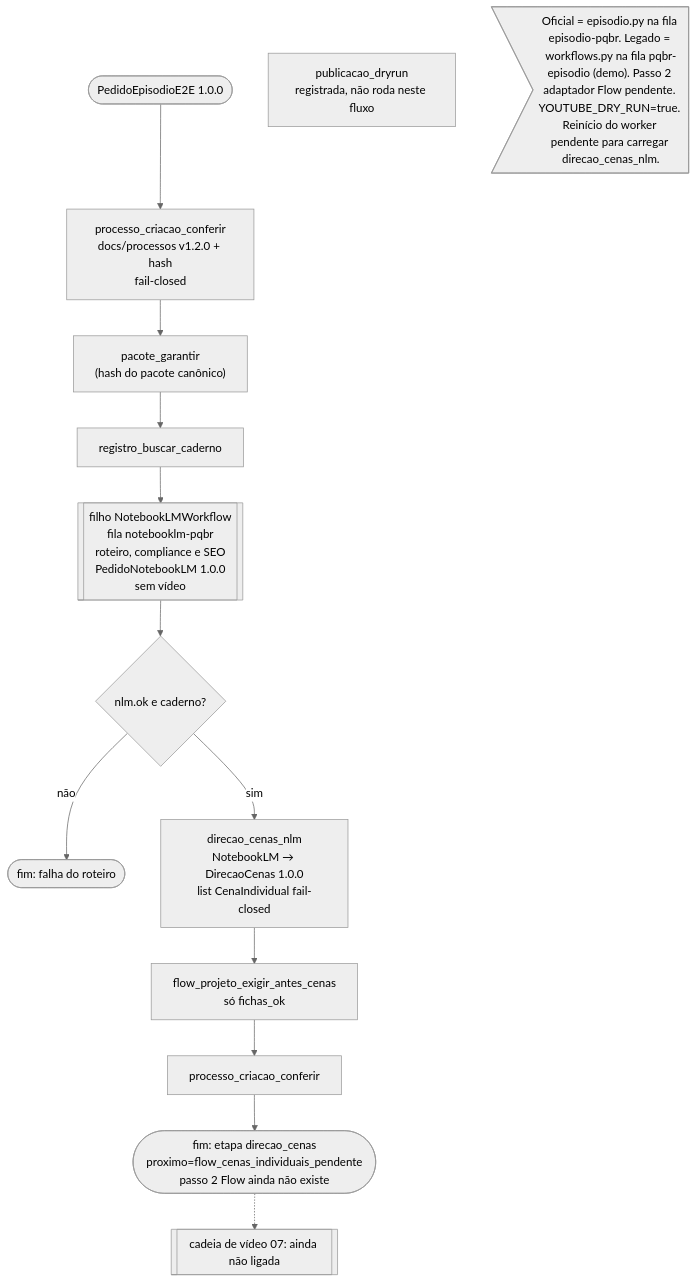
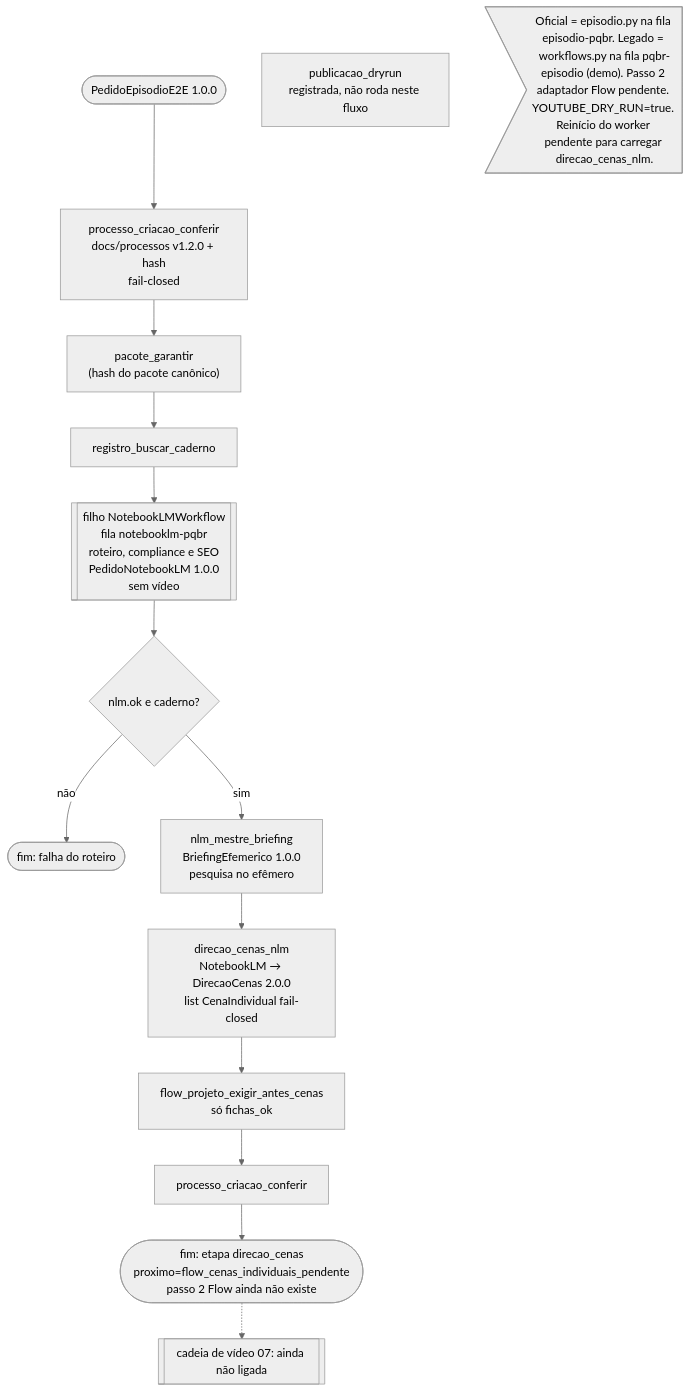
One commit to jvmendesjr/PQBR changed the diagram in docs/mapa/01-episodio.mmd. Above: the diagram before and after it, drawn with Mermaid (neutral theme). The commit also changed 11 other files, not shown here.

```diff
--- a/docs/mapa/01-episodio.mmd
+++ b/docs/mapa/01-episodio.mmd
@@ -1,18 +1,19 @@
 %% EpisodioWorkflow OFICIAL (src/pqbr/workflows/episodio.py) — fila episodio-pqbr.
 %% Passo 1 direção NLM (pt161u/pt162u): direcao_cenas_nlm + flow_projeto_exigir_antes_cenas.
 %% Storyboard removido 29/10/2026. O EpisodioWorkflow em workflows.py é LEGADO (demo soak), não este.
 flowchart TD
   S(["PedidoEpisodioE2E 1.0.0"]) --> PC["processo_criacao_conferir<br/>docs/processos v1.2.0 + hash<br/>fail-closed"]
   PC --> A1["pacote_garantir<br/>(hash do pacote canônico)"]
   A1 --> A2["registro_buscar_caderno"]
   A2 --> W1[["filho NotebookLMWorkflow<br/>fila notebooklm-pqbr<br/>roteiro, compliance e SEO<br/>PedidoNotebookLM 1.0.0<br/>sem vídeo"]]
   W1 --> D1{"nlm.ok e caderno?"}
   D1 -- não --> F1(["fim: falha do roteiro"])
-  D1 -- sim --> DIR["direcao_cenas_nlm<br/>NotebookLM → DirecaoCenas 1.0.0<br/>list CenaIndividual fail-closed"]
+  D1 -- sim --> BR["nlm_mestre_briefing<br/>BriefingEfemerico 1.0.0<br/>pesquisa no efêmero"]
+  BR --> DIR["direcao_cenas_nlm<br/>NotebookLM → DirecaoCenas 2.0.0<br/>list CenaIndividual fail-closed"]
   DIR --> FP["flow_projeto_exigir_antes_cenas<br/>só fichas_ok"]
   FP --> PC2["processo_criacao_conferir"]
   PC2 --> FIM(["fim: etapa direcao_cenas<br/>proximo=flow_cenas_individuais_pendente<br/>passo 2 Flow ainda não existe"])
   PUB["publicacao_dryrun<br/>registrada, não roda neste fluxo"]
   N>"Oficial = episodio.py na fila episodio-pqbr. Legado = workflows.py na fila pqbr-episodio (demo). Passo 2 adaptador Flow pendente. YOUTUBE_DRY_RUN=true. Reinício do worker pendente para carregar direcao_cenas_nlm."]
   CV[["cadeia de vídeo 07: ainda não ligada"]]
   FIM -.-> CV
```
